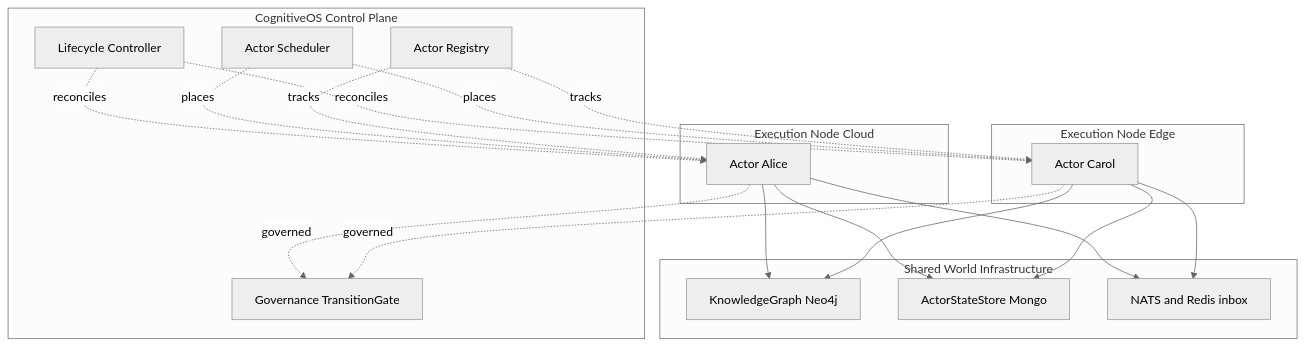
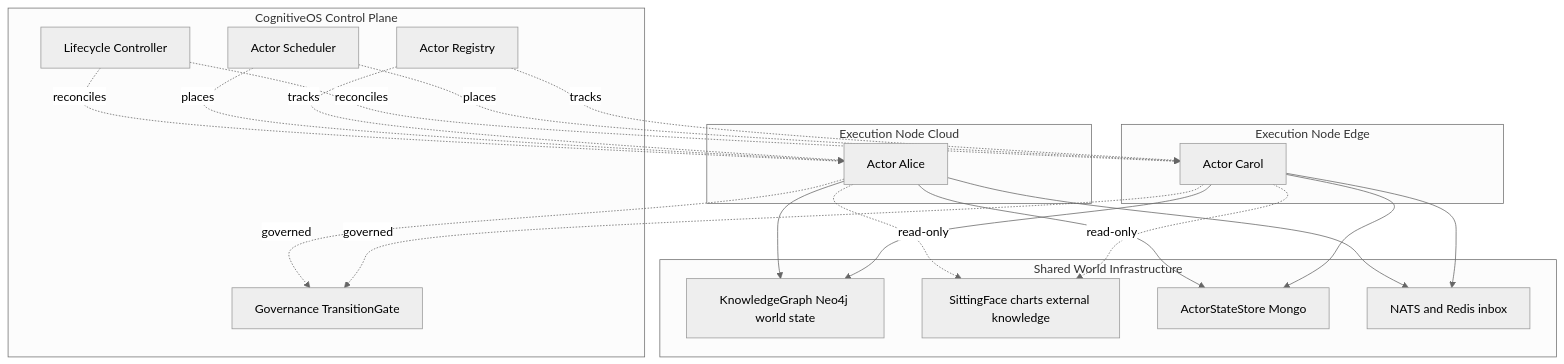
The seventh of 25 diagrams in docs/DIAGRAMS.md (monkeypatched-stack/cogitive-os), drawn with Mermaid (neutral theme) before and after one commit. The commit also changed other lines of this file, not shown here.

Commit message:
adding diagrams

````diff
--- a/docs/DIAGRAMS.md
+++ b/docs/DIAGRAMS.md
@@ -298,38 +366,41 @@
 ```mermaid
 flowchart TB
     subgraph cpGrp["CognitiveOS Control Plane"]
         REG["Actor Registry"]
         SCHED["Actor Scheduler"]
         CTRL["Lifecycle Controller"]
         GOV["Governance TransitionGate"]
     end
 
     subgraph swiGrp["Shared World Infrastructure"]
-        SW["KnowledgeGraph Neo4j"]
+        SW["KnowledgeGraph Neo4j world state"]
+        SFREF["SittingFace charts external knowledge"]
         PERSIST["ActorStateStore Mongo"]
         FABRIC["NATS and Redis inbox"]
     end
 
     subgraph en1Grp["Execution Node Cloud"]
         ACTOR_A["Actor Alice"]
     end
 
     subgraph en2Grp["Execution Node Edge"]
         ACTOR_B["Actor Carol"]
     end
 
     CTRL -.->|reconciles| ACTOR_A
     CTRL -.->|reconciles| ACTOR_B
     SCHED -.->|places| ACTOR_A
     SCHED -.->|places| ACTOR_B
     REG -.->|tracks| ACTOR_A
     REG -.->|tracks| ACTOR_B
     ACTOR_A --> FABRIC
     ACTOR_B --> FABRIC
     ACTOR_A --> SW
     ACTOR_B --> SW
+    ACTOR_A -.->|read-only| SFREF
+    ACTOR_B -.->|read-only| SFREF
     ACTOR_A --> PERSIST
     ACTOR_B --> PERSIST
     ACTOR_A -.->|governed| GOV
     ACTOR_B -.->|governed| GOV
 ```
````
